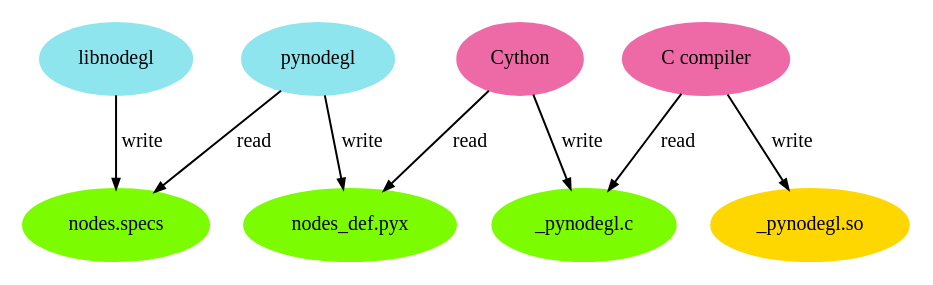
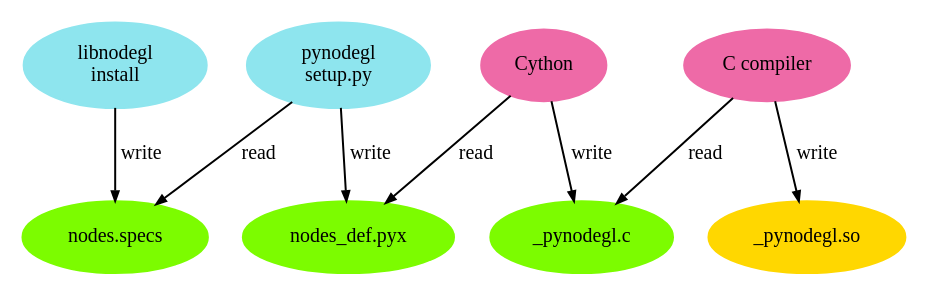
One commit to NopeForge/nope.gl changed the diagram in doc/expl/binding.dot. Above: the diagram before and after it, drawn with Graphviz.

Commit message:
doc/binding: clarify some node names
It's not the library nor the binding themselves that are reading and
writing files, but their intaller/setup.

```diff
--- a/doc/expl/binding.dot
+++ b/doc/expl/binding.dot
@@ -1,28 +1,28 @@
 digraph {
     node[style=filled,fontsize=10]
     edge[fontsize=10,arrowsize=0.5]
 
     node[color=cadetblue2]
-    libnodegl
-    pynodegl
+    libnodegl_install [label="libnodegl\ninstall"]
+    pynodegl_setup [label="pynodegl\nsetup.py"]
 
     node[color=hotpink2]
     cython [label="Cython"]
     cc [label="C compiler"]
 
     node[color=lawngreen]
     specs [label="nodes.specs"]
     c [label="_pynodegl.c"]
     pyx [label="nodes_def.pyx"]
 
     node[color=gold]
     mod [label="_pynodegl.so"]
 
-    libnodegl -> specs [label="write"]
-    pynodegl -> specs [label="read"]
-    pynodegl -> pyx [label="write"]
+    libnodegl_install -> specs [label="write"]
+    pynodegl_setup -> specs [label="read"]
+    pynodegl_setup -> pyx [label="write"]
     cython -> pyx [label="read"]
     cython -> c [label="write"]
     cc -> c [label="read"]
     cc -> mod [label="write"]
 }
```
